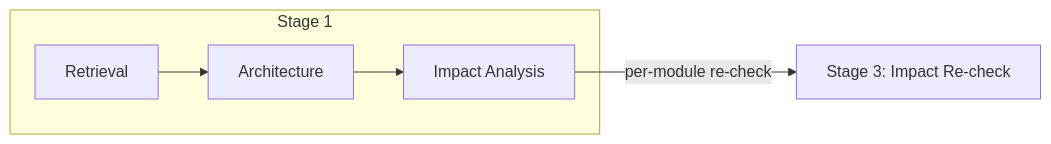
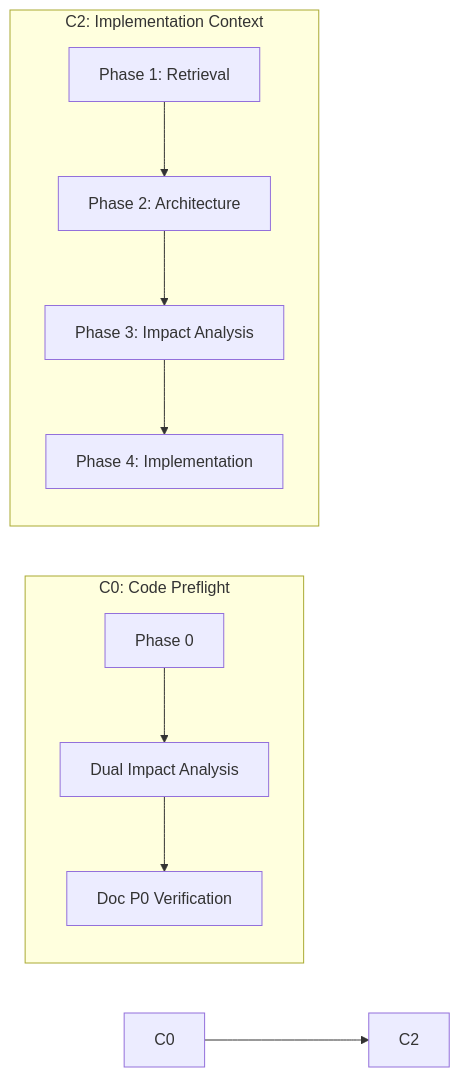
Before and after one commit to effiy/YrY: the diagram in agents/coder/AGENT.md, drawn with Mermaid. The commit also changed other lines of this file and 4 other files, not shown here.

````diff
--- a/agents/coder/AGENT.md
+++ b/agents/coder/AGENT.md
@@ -58,8 +66,13 @@
 ```mermaid
 graph LR
-    subgraph "Stage 1"
-        R[Retrieval] --> A[Architecture]
-        A --> I[Impact Analysis]
+    subgraph "C0: Code Preflight"
+        P0[Phase 0] --> DA[Dual Impact Analysis]
+        DA --> DV[Doc P0 Verification]
     end
-    I -->|per-module re-check| S3[Stage 3: Impact Re-check]
+    subgraph "C2: Implementation Context"
+        R[Phase 1: Retrieval] --> A[Phase 2: Architecture]
+        A --> I[Phase 3: Impact Analysis]
+        I --> IMPL[Phase 4: Implementation]
+    end
+    C0 --> C2
 ```
````
